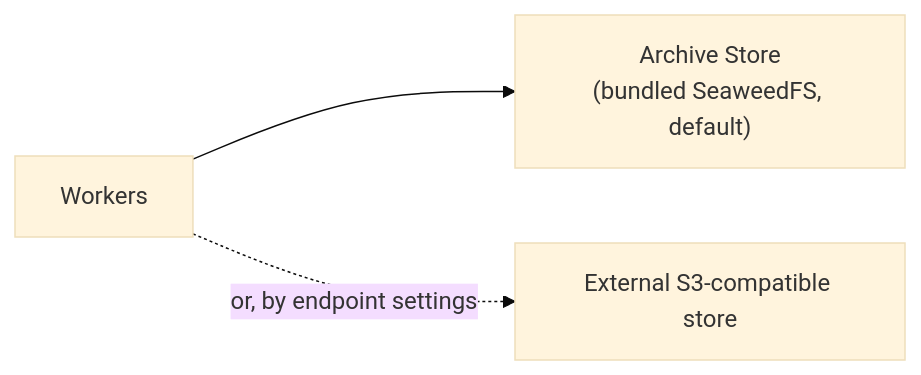
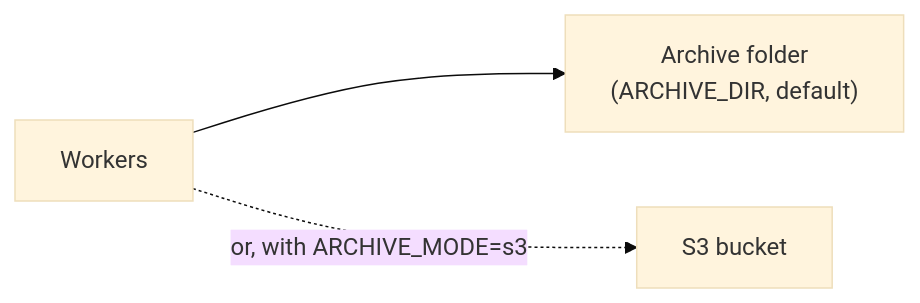
Before and after one commit to everythingmemory/home: the diagram in docs/durability/archive-and-restore.md, drawn with Mermaid (base theme). The commit also changed other lines of this file and 17 other files, not shown here.

````diff
--- a/docs/durability/archive-and-restore.md
+++ b/docs/durability/archive-and-restore.md
@@ -21,5 +21,5 @@
 ```mermaid
 flowchart LR
-  workers["Workers"] --> local["Archive Store<br/>(bundled SeaweedFS, default)"]
-  workers -. "or, by endpoint settings" .-> ext["External S3-compatible store"]
+  workers["Workers"] --> local["Archive folder<br/>(ARCHIVE_DIR, default)"]
+  workers -. "or, with ARCHIVE_MODE=s3" .-> ext["S3 bucket"]
 ```
````
